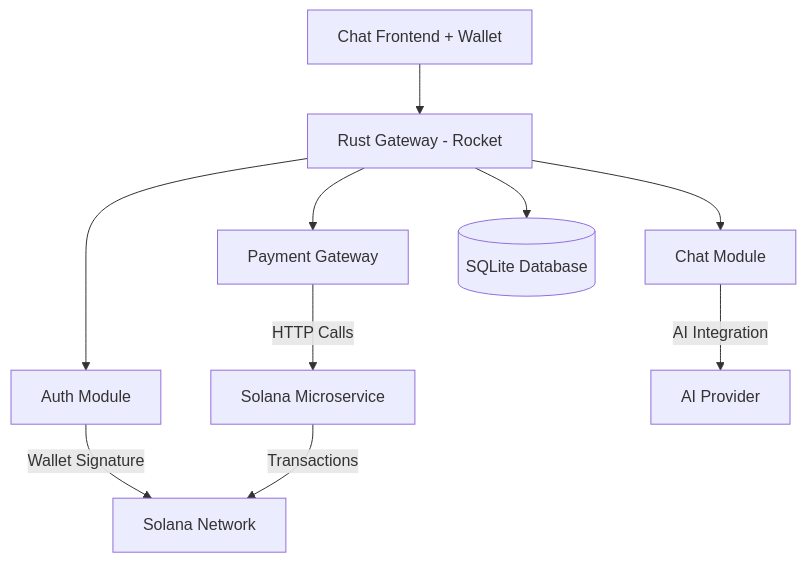
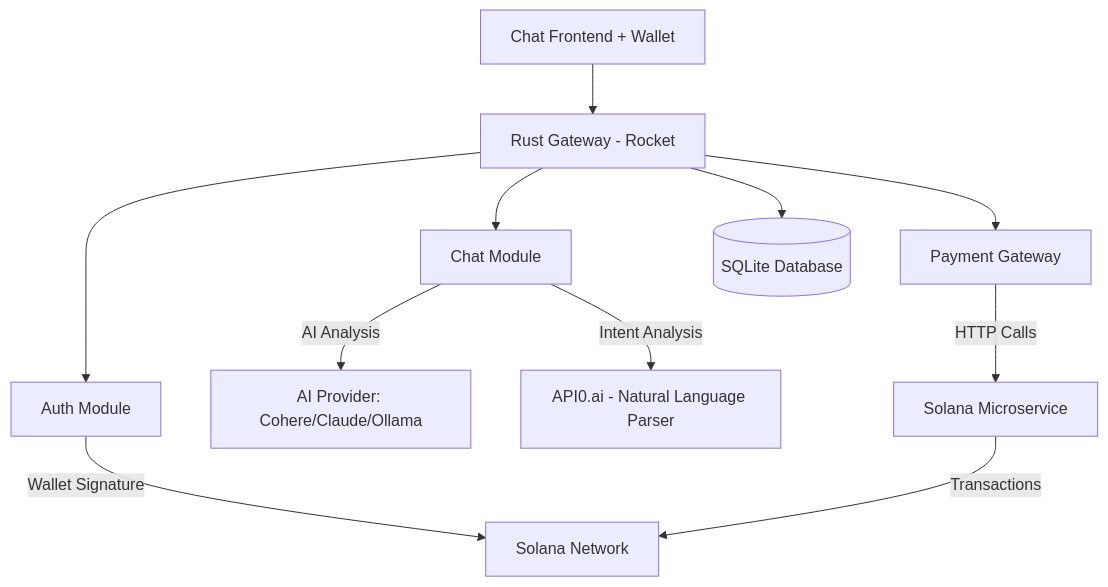
One commit to bennekrouf/gateway-solanize changed the first of 3 diagrams in README.md. Above: the diagram before and after it, drawn with Mermaid. The commit also changed other lines of this file and 14 other files, not shown here.

````diff
--- a/README.md
+++ b/README.md
@@ -7,13 +7,14 @@
 ```mermaid
 graph TB
     Frontend[Chat Frontend + Wallet] --> Gateway[Rust Gateway - Rocket]
     Gateway --> Auth[Auth Module]
     Gateway --> Chat[Chat Module] 
     Gateway --> Payment[Payment Gateway]
     Gateway --> DB[(SQLite Database)]
     
     Auth --> |Wallet Signature| Solana[Solana Network]
+    Chat --> |AI Analysis| AI[AI Provider: Cohere/Claude/Ollama]
+    Chat --> |Intent Analysis| API0[API0.ai - Natural Language Parser]
     Payment --> |HTTP Calls| SolanaService[Solana Microservice]
     SolanaService --> |Transactions| Solana
-    Chat --> |AI Integration| AI[AI Provider]
 ```
````
